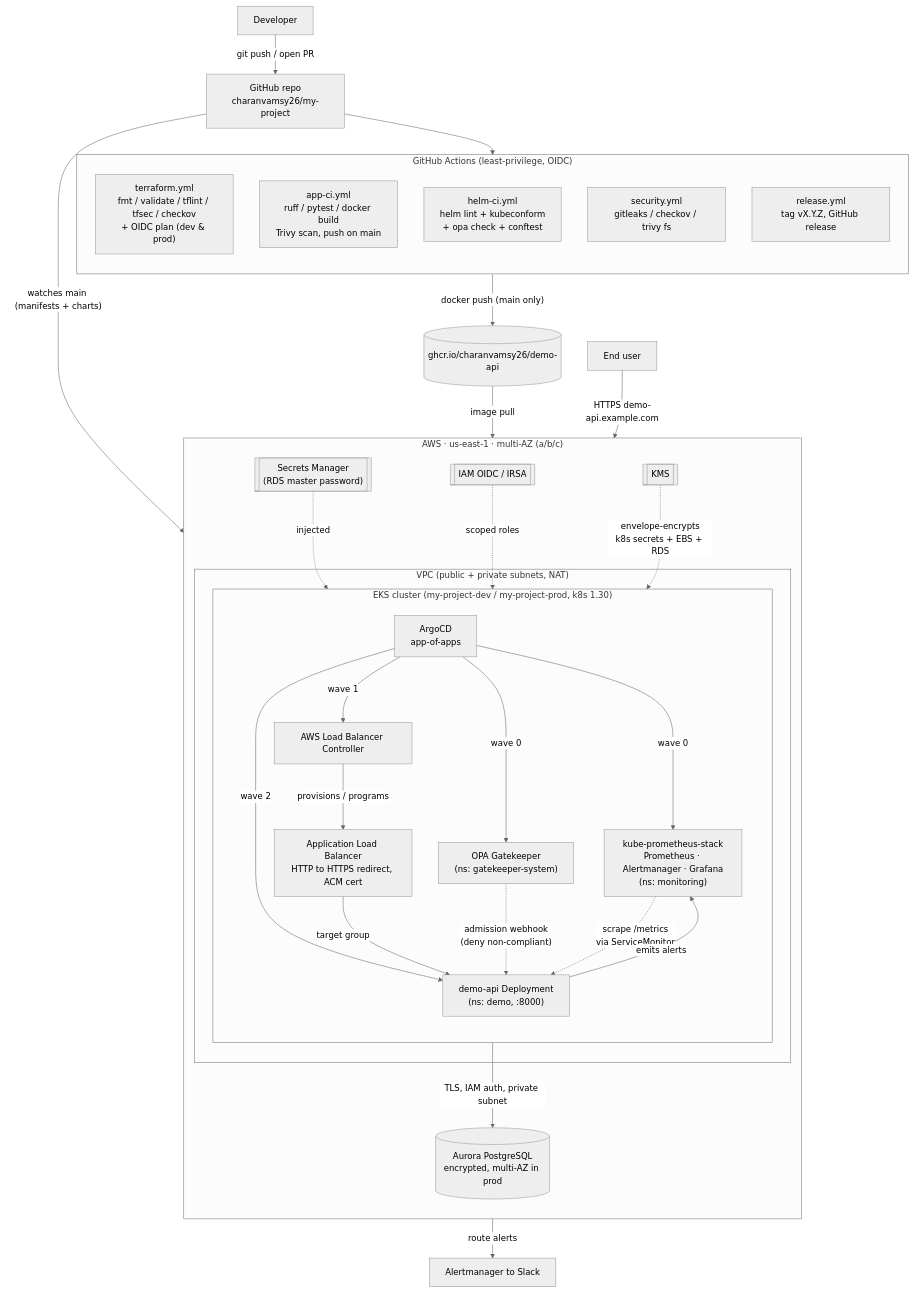
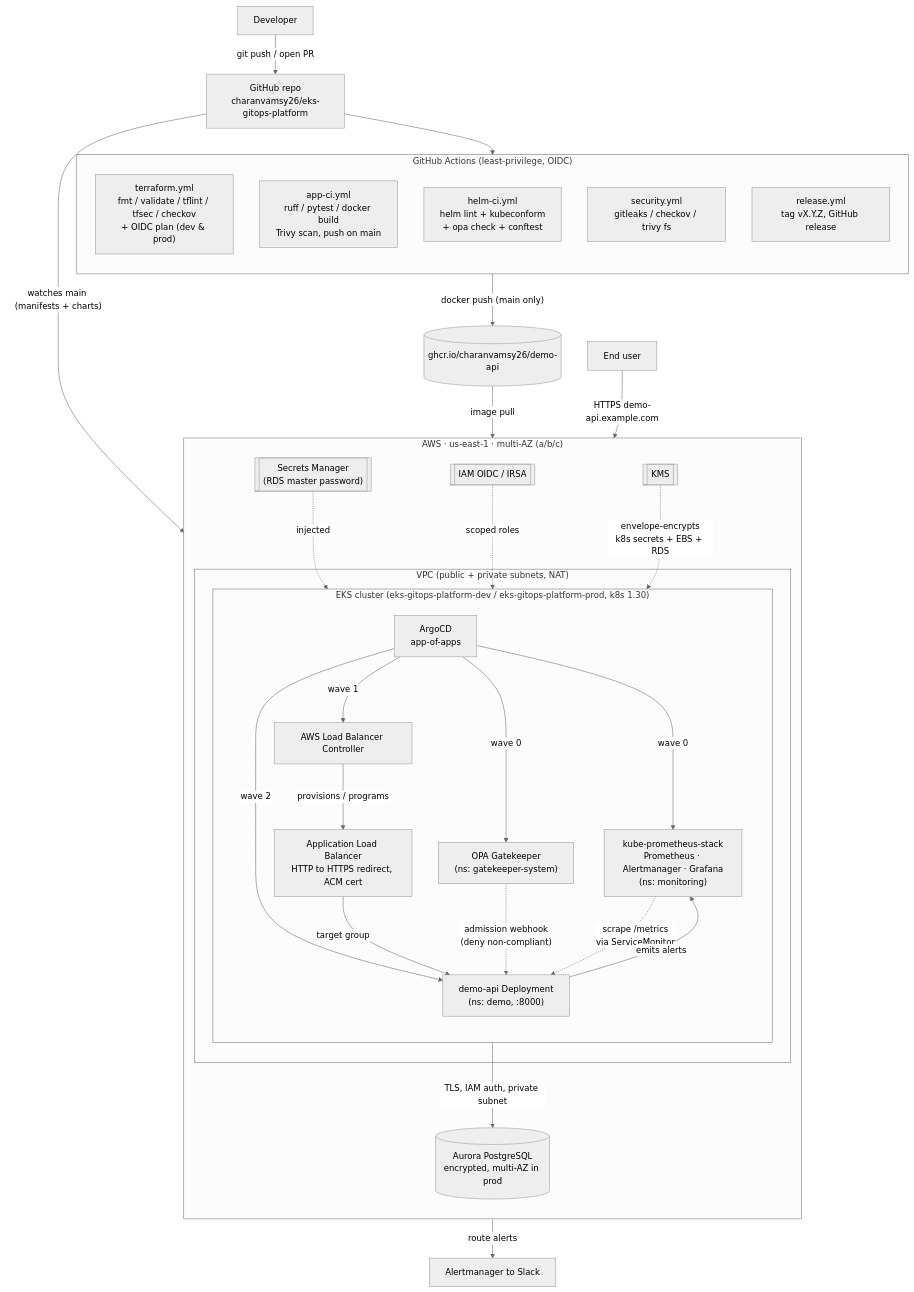
Before and after one commit to charanvamsy26/my-project: the diagram in docs/architecture.md, drawn with Mermaid (neutral theme). The commit also changed other lines of this file and 137 other files, not shown here.

First line of the commit message:
rename: my-project -> eks-gitops-platform across the repo

````diff
--- a/docs/architecture.md
+++ b/docs/architecture.md
@@ -15,49 +15,49 @@
 ```mermaid
 graph TD
-  Dev["Developer"] -->|"git push / open PR"| GH["GitHub repo<br/>charanvamsy26/my-project"]
+  Dev["Developer"] -->|"git push / open PR"| GH["GitHub repo<br/>charanvamsy26/eks-gitops-platform"]
 
   subgraph CI["GitHub Actions (least-privilege, OIDC)"]
     direction TB
     TF["terraform.yml<br/>fmt / validate / tflint / tfsec / checkov<br/>+ OIDC plan (dev & prod)"]
     APP["app-ci.yml<br/>ruff / pytest / docker build<br/>Trivy scan, push on main"]
     HELM["helm-ci.yml<br/>helm lint + kubeconform<br/>+ opa check + conftest"]
     SEC["security.yml<br/>gitleaks / checkov / trivy fs"]
     REL["release.yml<br/>tag vX.Y.Z, GitHub release"]
   end
 
   GH --> CI
   APP -->|"docker push (main only)"| GHCR[("ghcr.io/charanvamsy26/demo-api")]
 
   GH -->|"watches main (manifests + charts)"| ARGO["ArgoCD<br/>app-of-apps"]
 
   subgraph AWS["AWS · us-east-1 · multi-AZ (a/b/c)"]
     direction TB
 
     subgraph NET["VPC (public + private subnets, NAT)"]
       ALB["Application Load Balancer<br/>HTTP to HTTPS redirect, ACM cert"]
 
-      subgraph EKS["EKS cluster (my-project-dev / my-project-prod, k8s 1.30)"]
+      subgraph EKS["EKS cluster (eks-gitops-platform-dev / eks-gitops-platform-prod, k8s 1.30)"]
         direction TB
         ARGO -->|"wave 0"| OBS["kube-prometheus-stack<br/>Prometheus · Alertmanager · Grafana<br/>(ns: monitoring)"]
         ARGO -->|"wave 0"| GK["OPA Gatekeeper<br/>(ns: gatekeeper-system)"]
         ARGO -->|"wave 1"| LBC["AWS Load Balancer Controller"]
         ARGO -->|"wave 2"| API["demo-api Deployment<br/>(ns: demo, :8000)"]
 
         LBC -->|"provisions / programs"| ALB
         ALB -->|"target group"| API
         GK -. "admission webhook<br/>(deny non-compliant)" .-> API
         OBS -. "scrape /metrics<br/>via ServiceMonitor" .-> API
         API -->|"emits alerts"| OBS
       end
     end
 
     API -->|"TLS, IAM auth, private subnet"| RDS[("Aurora PostgreSQL<br/>encrypted, multi-AZ in prod")]
     SM[["Secrets Manager<br/>(RDS master password)"]] -.->|"injected"| API
     KMS[["KMS"]] -.->|"envelope-encrypts<br/>k8s secrets + EBS + RDS"| EKS
     IRSA[["IAM OIDC / IRSA"]] -.->|"scoped roles"| LBC
   end
 
   GHCR -->|"image pull"| API
   User["End user"] -->|"HTTPS demo-api.example.com"| ALB
   OBS -->|"route alerts"| Slack["Alertmanager to Slack"]
 ```
````
